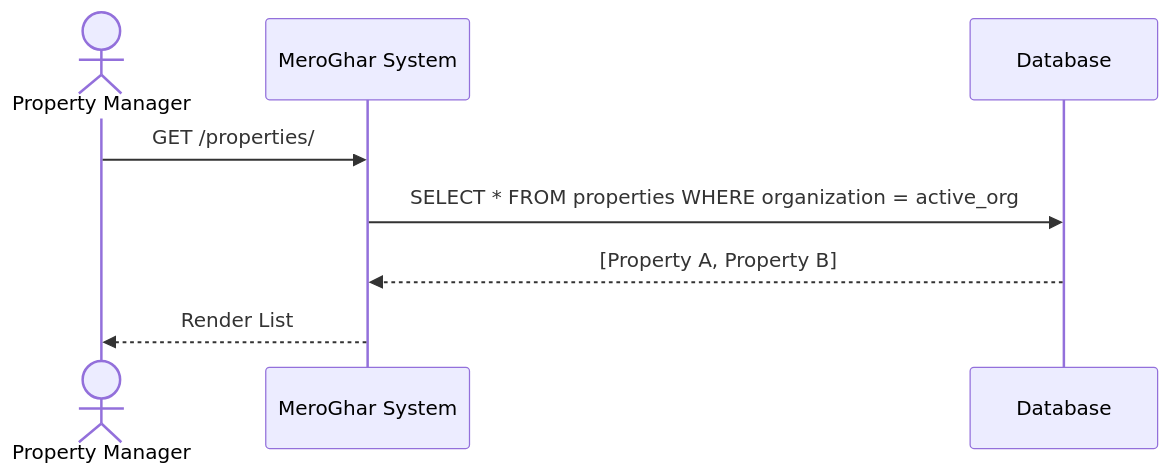
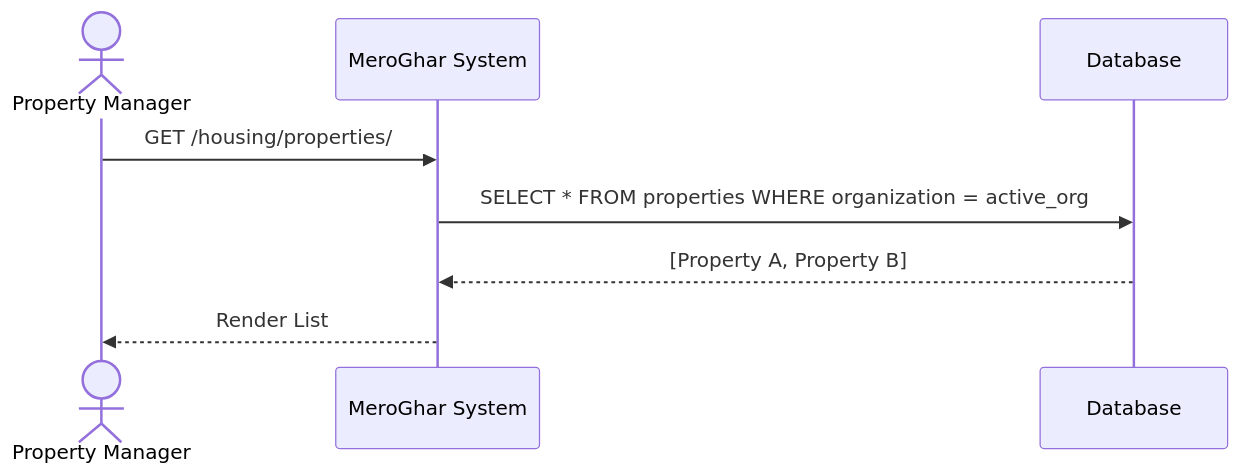
Before and after one commit to 0Ankit0/meroghar: the first of 4 diagrams in docs/workflows/property.md, drawn with Mermaid. The commit also changed other lines of this file and 10 other files, not shown here.

````diff
--- a/docs/workflows/property.md
+++ b/docs/workflows/property.md
@@ -19,11 +19,11 @@
 ```mermaid
 sequenceDiagram
     actor User as Property Manager
     participant System as MeroGhar System
     participant DB as Database
 
-    User->>System: GET /properties/
+    User->>System: GET /housing/properties/
     System->>DB: SELECT * FROM properties WHERE organization = active_org
     DB-->>System: [Property A, Property B]
     System-->>User: Render List
 ```
````
